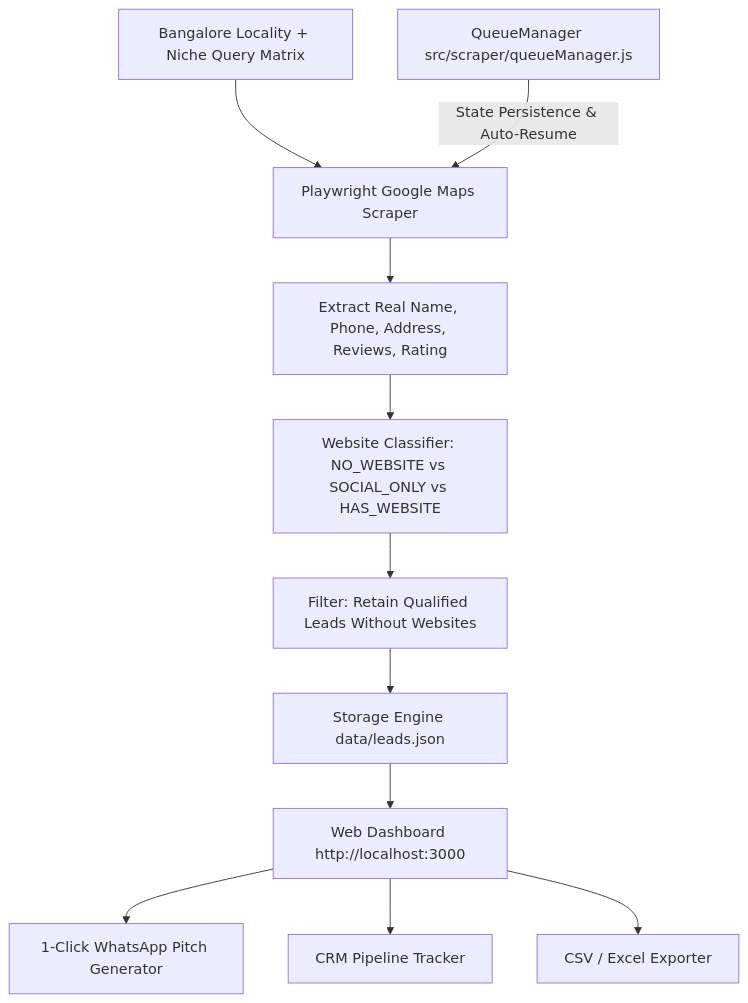
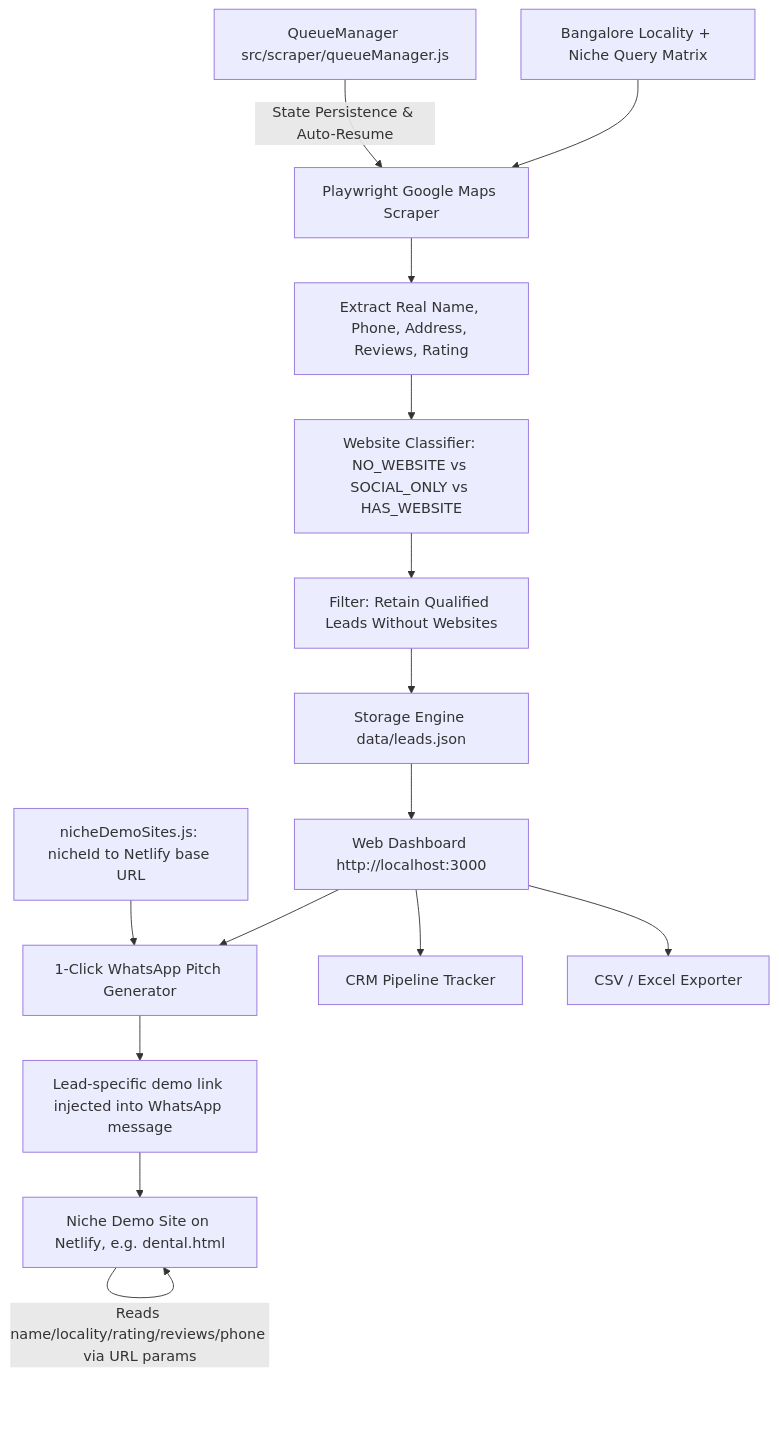
The diagram in PROJECT_CONTEXT.md (Bhaskar-kumar-arya/hustle), drawn with Mermaid before and after one commit. The commit also changed other lines of this file and 13 other files, not shown here.

First line of the commit message:
Wire per-niche demo sites into CRM outreach

````diff
--- a/PROJECT_CONTEXT.md
+++ b/PROJECT_CONTEXT.md
@@ -25,14 +26,19 @@
 ```mermaid
 graph TD
     A[Bangalore Locality + Niche Query Matrix] --> B[Playwright Google Maps Scraper]
     B --> C[Extract Real Name, Phone, Address, Reviews, Rating]
     C --> D[Website Classifier: NO_WEBSITE vs SOCIAL_ONLY vs HAS_WEBSITE]
     D --> E[Filter: Retain Qualified Leads Without Websites]
     E --> F[Storage Engine data/leads.json]
     F --> G[Web Dashboard http://localhost:3000]
     G --> H[1-Click WhatsApp Pitch Generator]
     G --> I[CRM Pipeline Tracker]
     G --> J[CSV / Excel Exporter]
-    
+
     K[QueueManager src/scraper/queueManager.js] -->|State Persistence & Auto-Resume| B
+
+    L[nicheDemoSites.js: nicheId to Netlify base URL] --> H
+    H --> M[Lead-specific demo link injected into WhatsApp message]
+    M --> N[Niche Demo Site on Netlify, e.g. dental.html]
+    N -->|Reads name/locality/rating/reviews/phone via URL params| N
 ```
````
